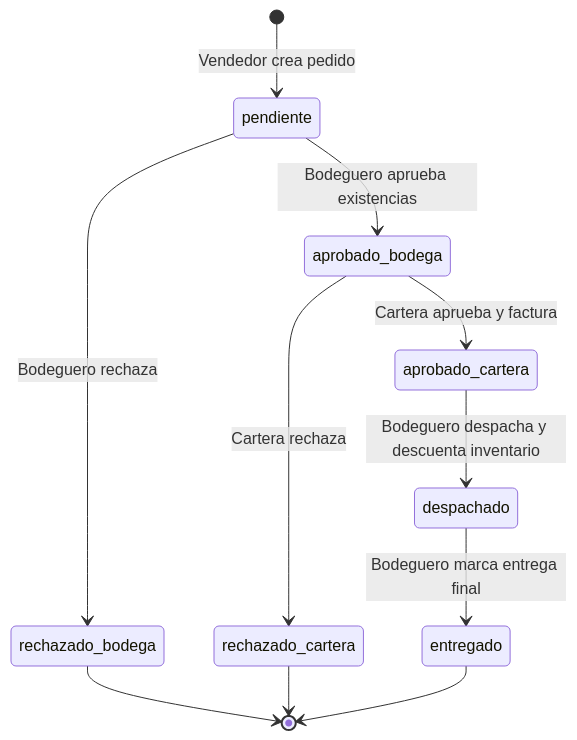
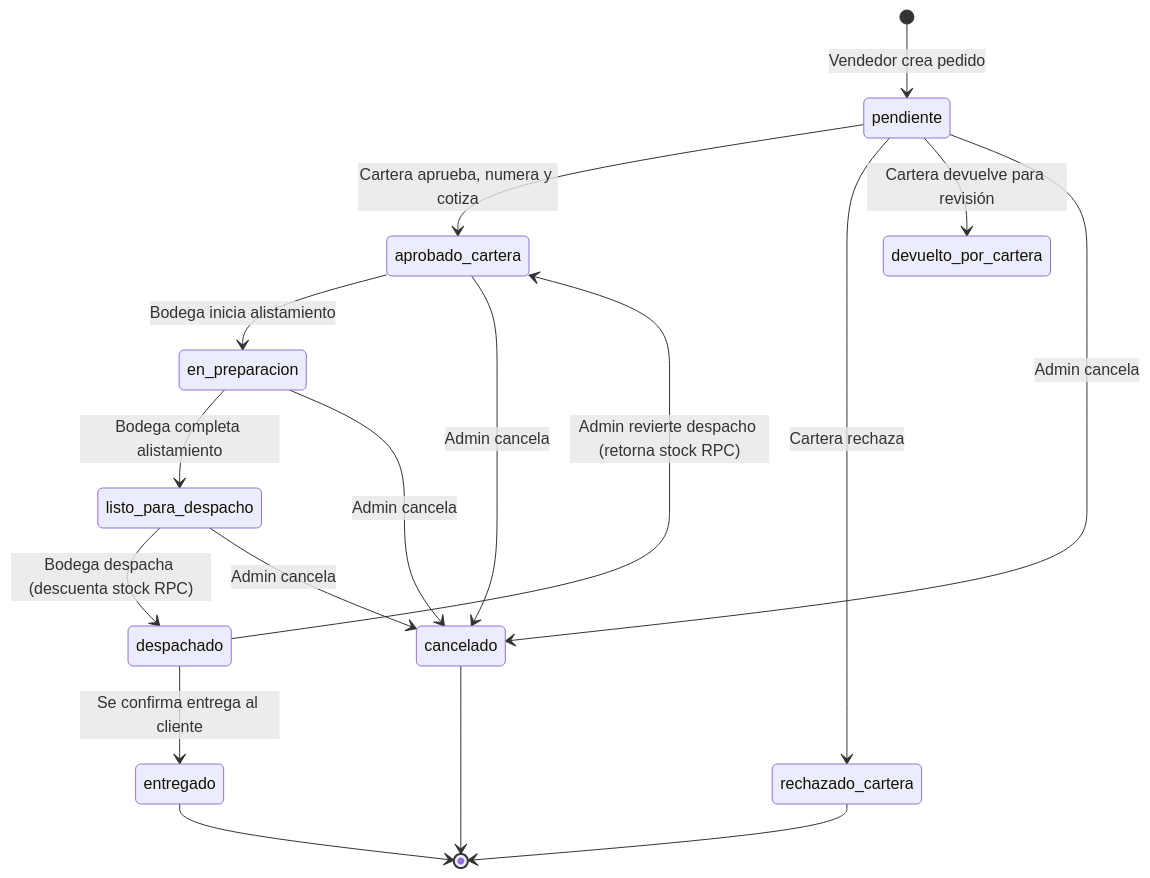
One commit to Juanpiiis/Mobulaaa changed the diagram in PROYECTO_CONTEXTO.md. Above: the diagram before and after it, drawn with Mermaid. The commit also changed other lines of this file and 30 other files, not shown here.

````diff
--- a/PROYECTO_CONTEXTO.md
+++ b/PROYECTO_CONTEXTO.md
@@ -473,13 +541,22 @@
 ```mermaid
 stateDiagram-v2
     [*] --> pendiente : Vendedor crea pedido
-    pendiente --> aprobado_bodega : Bodeguero aprueba existencias
-    pendiente --> rechazado_bodega : Bodeguero rechaza
-    aprobado_bodega --> aprobado_cartera : Cartera aprueba y factura
-    aprobado_bodega --> rechazado_cartera : Cartera rechaza
-    aprobado_cartera --> despachado : Bodeguero despacha y descuenta inventario
-    despachado --> entregado : Bodeguero marca entrega final
-    rechazado_bodega --> [*]
+    pendiente --> aprobado_cartera : Cartera aprueba, numera y cotiza
+    pendiente --> rechazado_cartera : Cartera rechaza
+    pendiente --> devuelto_por_cartera : Cartera devuelve para revisión
+    
+    aprobado_cartera --> en_preparacion : Bodega inicia alistamiento
+    en_preparacion --> listo_para_despacho : Bodega completa alistamiento
+    listo_para_despacho --> despachado : Bodega despacha (descuenta stock RPC)
+    despachado --> entregado : Se confirma entrega al cliente
+    
+    despachado --> aprobado_cartera : Admin revierte despacho (retorna stock RPC)
+    pendiente --> cancelado : Admin cancela
+    aprobado_cartera --> cancelado : Admin cancela
+    en_preparacion --> cancelado : Admin cancela
+    listo_para_despacho --> cancelado : Admin cancela
+    
     rechazado_cartera --> [*]
     entregado --> [*]
+    cancelado --> [*]
 ```
````
